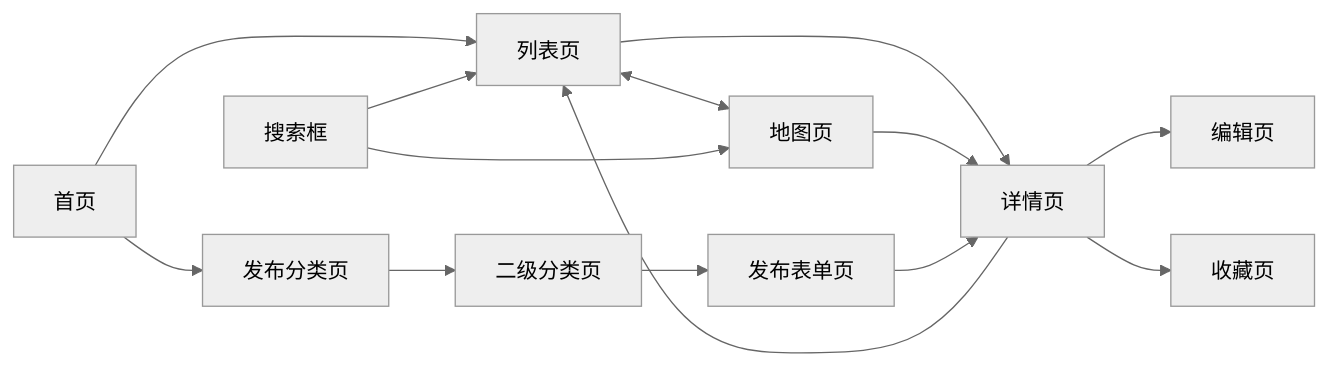
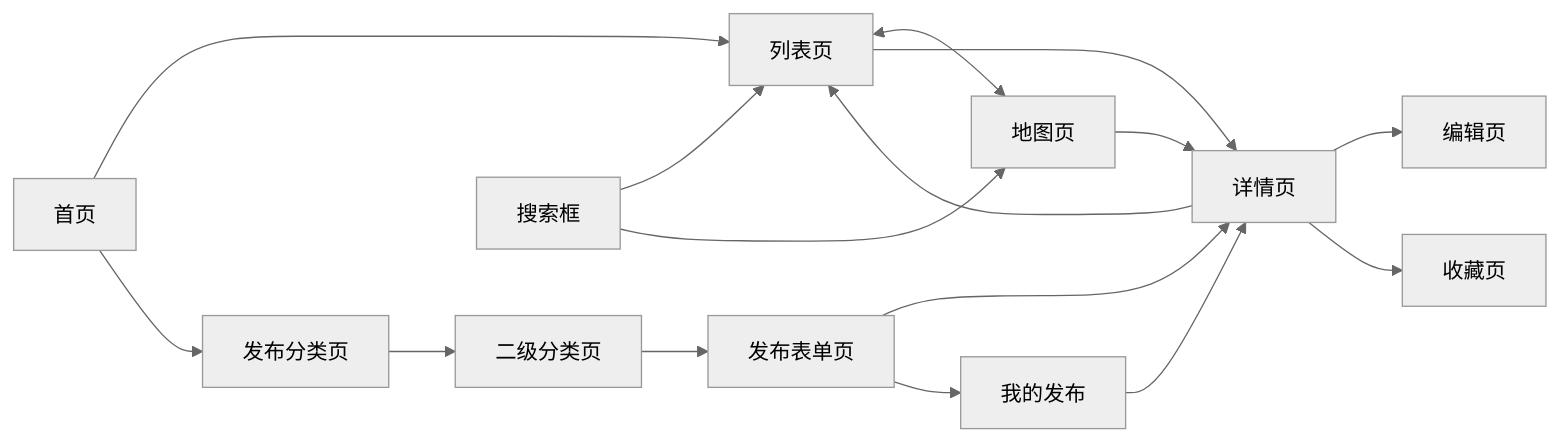
One commit to jiadan-user/jiacangku changed the second of 3 diagrams in bundled/knowledge_base/业务知识图谱/房产业务域/房产业务全景.md. Above: the diagram before and after it, drawn with Mermaid (neutral theme). The commit also changed other lines of this file and 6 other files, not shown here.

````diff
--- a/bundled/knowledge_base/业务知识图谱/房产业务域/房产业务全景.md
+++ b/bundled/knowledge_base/业务知识图谱/房产业务域/房产业务全景.md
@@ -239,16 +246,18 @@
 ```mermaid
 graph LR
     A[首页] --> B[列表页]
     A --> C[发布分类页]
     C --> D[二级分类页]
     D --> E[发布表单页]
     B <--> F[地图页]
     B --> G[详情页]
     F --> G
     E --> G
+    E --> MP[我的发布]
+    MP --> G
     G --> H[编辑页]
     G --> B
     G --> I[收藏页]
     J[搜索框] --> B
     J --> F
 ```
````
